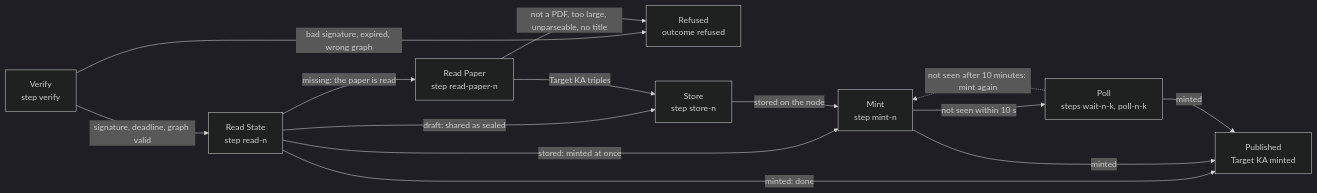
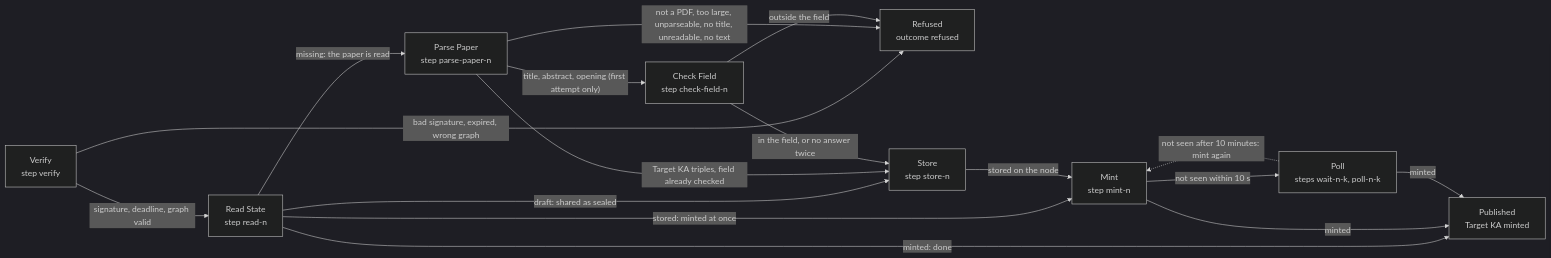
One commit to SiegfriedBz/labstrail changed the diagram in .omm/pipeline/publish-run/diagram.mmd. Above: the diagram before and after it, drawn with Mermaid (dark theme). The commit also changed 64 other files, not shown here.

First line of the commit message:
docs: describe the field check at publish and the clinical look

```diff
--- a/.omm/pipeline/publish-run/diagram.mmd
+++ b/.omm/pipeline/publish-run/diagram.mmd
@@ -1,14 +1,17 @@
 graph LR
     verify["Verify\nstep verify"] -->|"signature, deadline, graph valid"| read-state["Read State\nstep read-n"]
     verify -->|"bad signature, expired, wrong graph"| refused["Refused\noutcome refused"]
-    read-state -->|"missing: the paper is read"| read-paper["Read Paper\nstep read-paper-n"]
+    read-state -->|"missing: the paper is read"| parse-paper["Parse Paper\nstep parse-paper-n"]
     read-state -->|"draft: shared as sealed"| store["Store\nstep store-n"]
     read-state -->|"stored: minted at once"| mint["Mint\nstep mint-n"]
     read-state -->|"minted: done"| done["Published\nTarget KA minted"]
-    read-paper -->|"Target KA triples"| store
-    read-paper -->|"not a PDF, too large, unparseable, no title"| refused
+    parse-paper -->|"title, abstract, opening (first attempt only)"| check-field["Check Field\nstep check-field-n"]
+    parse-paper -->|"Target KA triples, field already checked"| store
+    parse-paper -->|"not a PDF, too large, unparseable, no title, unreadable, no text"| refused
+    check-field -->|"in the field, or no answer twice"| store
+    check-field -->|"outside the field"| refused
     store -->|"stored on the node"| mint
     mint -->|"not seen within 10 s"| poll["Poll\nsteps wait-n-k, poll-n-k"]
     mint -->|"minted"| done
     poll -->|"minted"| done
     poll -.->|"not seen after 10 minutes: mint again"| mint
```
